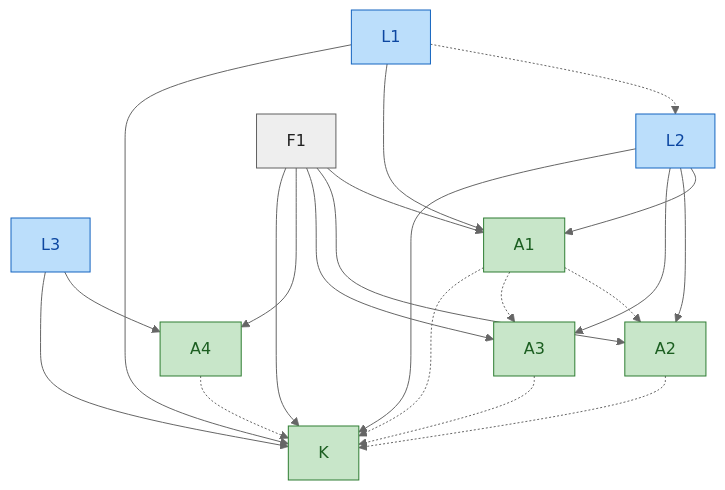
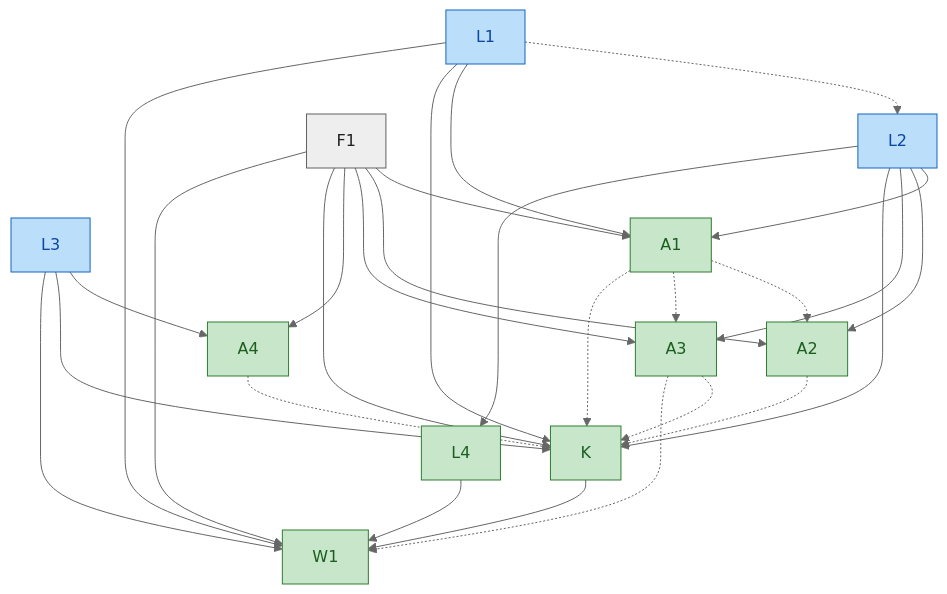
The second of 2 diagrams in docs/blueprint/eligible-designation.md (SeanWMurray/Canteen), drawn with Mermaid (neutral theme) before and after one commit. The commit also changed other lines of this file and 13 other files, not shown here.

````diff
--- a/docs/blueprint/eligible-designation.md
+++ b/docs/blueprint/eligible-designation.md
@@ -56,37 +65,46 @@
 ```mermaid
 graph TD
   n0["L1"]:::encoded
   n1["L2"]:::encoded
   n2["L3"]:::encoded
   n3["F1"]:::fact
   n4["A1"]:::proven
   n5["A2"]:::proven
   n6["A3"]:::proven
   n7["A4"]:::proven
   n8["K"]:::proven
+  n9["L4"]:::proven
+  n10["W1"]:::proven
   n0 -.-> n1
   n3 --> n4
   n0 --> n4
   n1 --> n4
   n1 --> n5
   n3 --> n5
   n4 -.-> n5
   n1 --> n6
   n3 --> n6
   n4 -.-> n6
   n2 --> n7
   n3 --> n7
   n2 --> n8
   n0 --> n8
   n1 --> n8
   n3 --> n8
   n4 -.-> n8
   n5 -.-> n8
   n6 -.-> n8
   n7 -.-> n8
+  n1 --> n9
+  n2 --> n10
+  n0 --> n10
+  n9 --> n10
+  n3 --> n10
+  n8 --> n10
+  n6 -.-> n10
   classDef proven fill:#c8e6c9,stroke:#2e7d32,color:#1b5e20
   classDef encoded fill:#bbdefb,stroke:#1565c0,color:#0d47a1
   classDef fact fill:#eeeeee,stroke:#616161,color:#212121
   classDef judgment fill:#ffe0b2,stroke:#ef6c00,color:#e65100
   classDef notFormalized fill:#ffffff,stroke:#c62828,color:#b71c1c,stroke-dasharray:5 5
 ```
````
